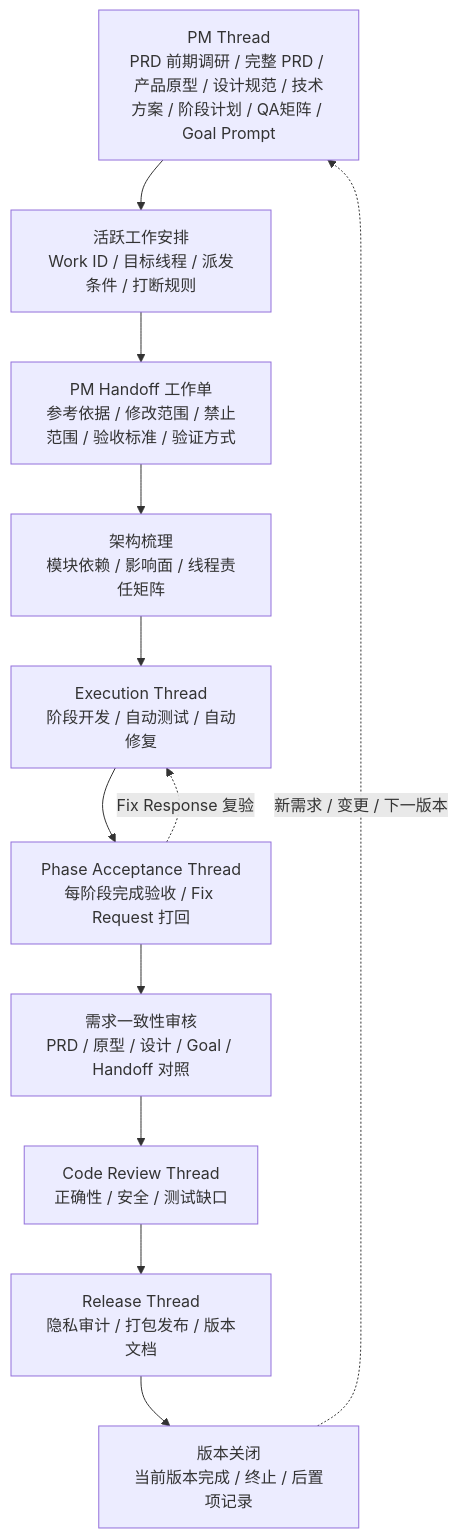
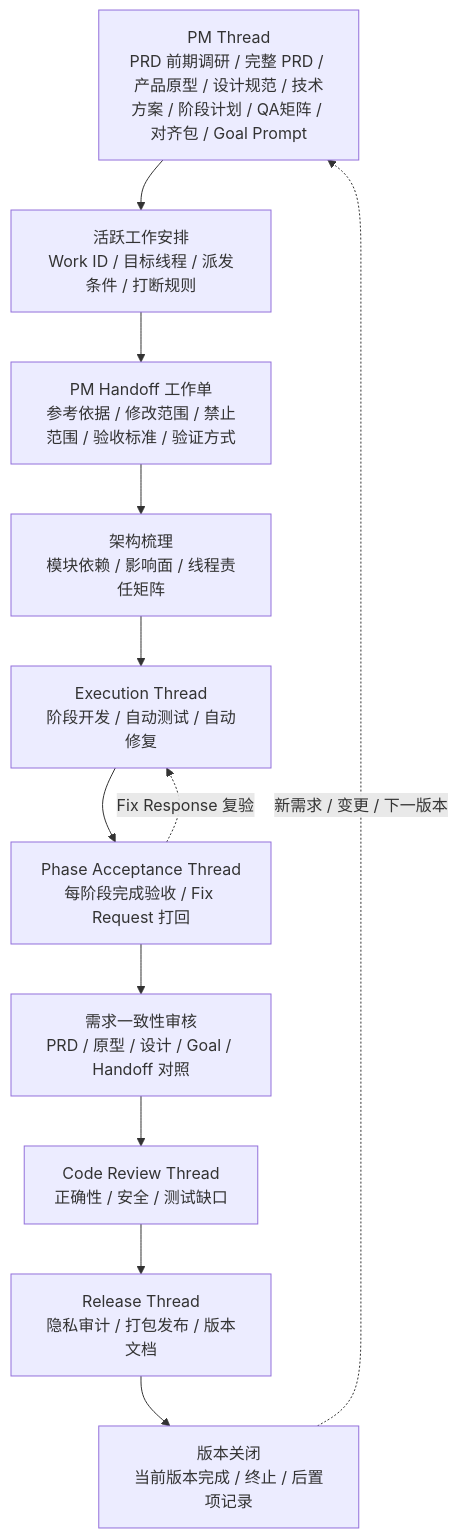
The second of 3 diagrams in README.md (btcys/chengying-codex-skill-pack), drawn with Mermaid before and after one commit. The commit also changed other lines of this file and 11 other files, not shown here.

````diff
--- a/README.md
+++ b/README.md
@@ -99,14 +100,14 @@
 ```mermaid
 flowchart TB
-  PM[PM Thread<br/>PRD 前期调研 / 完整 PRD / 产品原型 / 设计规范 / 技术方案 / 阶段计划 / QA矩阵 / Goal Prompt] --> Work[活跃工作安排<br/>Work ID / 目标线程 / 派发条件 / 打断规则]
+  PM[PM Thread<br/>PRD 前期调研 / 完整 PRD / 产品原型 / 设计规范 / 技术方案 / 阶段计划 / QA矩阵 / 对齐包 / Goal Prompt] --> Work[活跃工作安排<br/>Work ID / 目标线程 / 派发条件 / 打断规则]
   Work --> Handoff[PM Handoff 工作单<br/>参考依据 / 修改范围 / 禁止范围 / 验收标准 / 验证方式]
   Handoff --> Arch[架构梳理<br/>模块依赖 / 影响面 / 线程责任矩阵]
   Arch --> Exec[Execution Thread<br/>阶段开发 / 自动测试 / 自动修复]
   Exec --> PhaseAccept[Phase Acceptance Thread<br/>每阶段完成验收 / Fix Request 打回]
   PhaseAccept -. Fix Response 复验 .-> Exec
   PhaseAccept --> Accept[需求一致性审核<br/>PRD / 原型 / 设计 / Goal / Handoff 对照]
   Accept --> Review[Code Review Thread<br/>正确性 / 安全 / 测试缺口]
   Review --> Release[Release Thread<br/>隐私审计 / 打包发布 / 版本文档]
   Release --> Close[版本关闭<br/>当前版本完成 / 终止 / 后置项记录]
   Close -. 新需求 / 变更 / 下一版本 .-> PM
 ```
````
